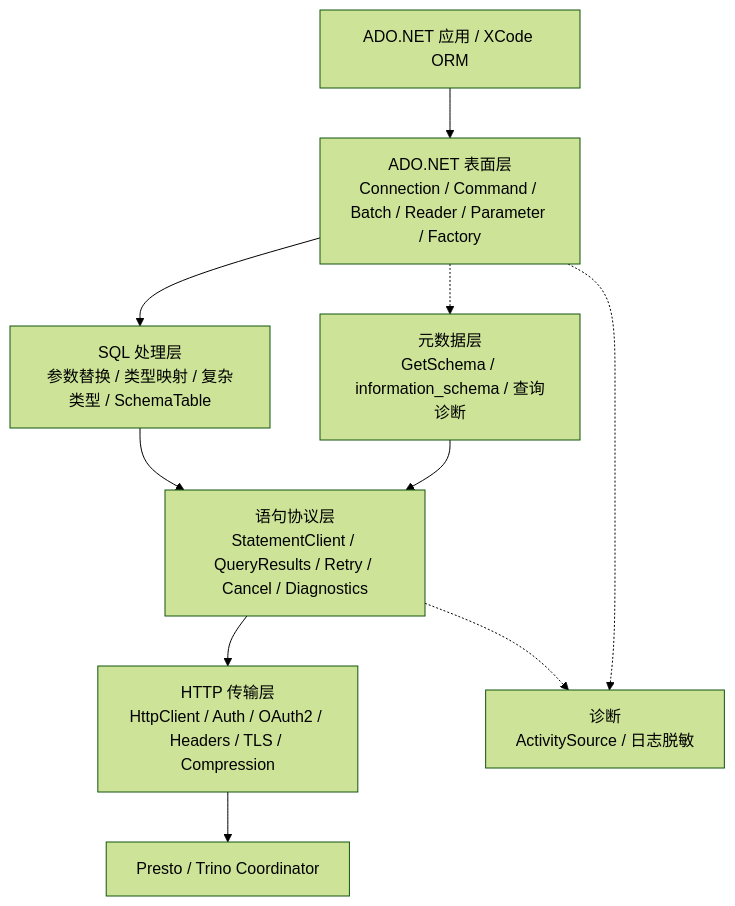
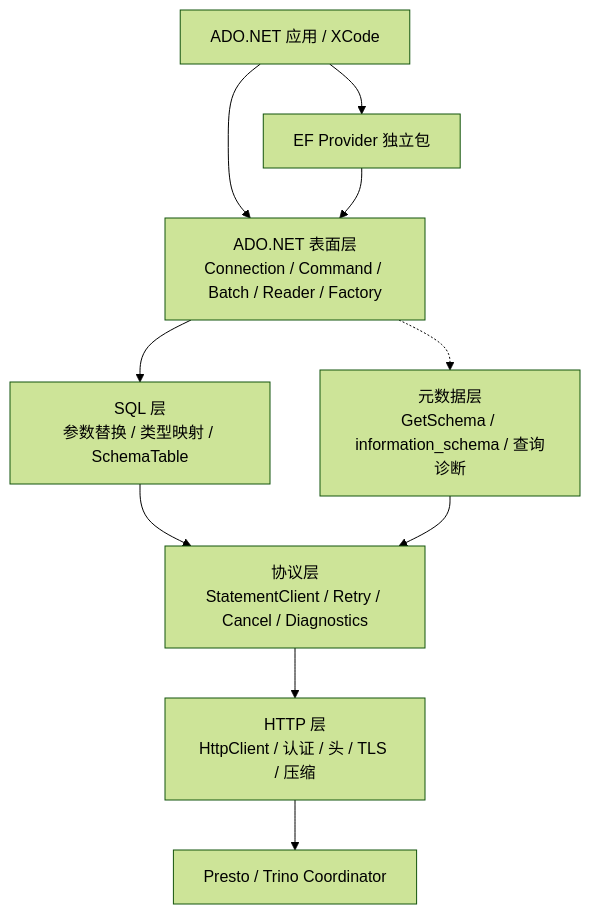
One commit to NewLifeX/NewLife.Presto changed the diagram in Doc/架构设计.md. Above: the diagram before and after it, drawn with Mermaid (forest theme). The commit also changed other lines of this file and 2 other files, not shown here.

````diff
--- a/Doc/架构设计.md
+++ b/Doc/架构设计.md
@@ -10,12 +8,12 @@
 ```mermaid
 flowchart TB
-    App[ADO.NET 应用 / XCode ORM] --> Surface[ADO.NET 表面层<br/>Connection / Command / Batch / Reader / Parameter / Factory]
-    Surface --> Sql[SQL 处理层<br/>参数替换 / 类型映射 / 复杂类型 / SchemaTable]
-    Sql --> Protocol[语句协议层<br/>StatementClient / QueryResults / Retry / Cancel / Diagnostics]
-    Protocol --> Http[HTTP 传输层<br/>HttpClient / Auth / OAuth2 / Headers / TLS / Compression]
+    App[ADO.NET 应用 / XCode] --> EF[EF Provider 独立包]
+    App --> Surface[ADO.NET 表面层<br/>Connection / Command / Batch / Reader / Factory]
+    EF --> Surface
+    Surface --> Sql[SQL 层<br/>参数替换 / 类型映射 / SchemaTable]
+    Sql --> Proto[协议层<br/>StatementClient / Retry / Cancel / Diagnostics]
+    Proto --> Http[HTTP 层<br/>HttpClient / 认证 / 头 / TLS / 压缩]
     Http --> Server[Presto / Trino Coordinator]
     Surface -.-> Meta[元数据层<br/>GetSchema / information_schema / 查询诊断]
-    Meta --> Protocol
-    Surface -.-> Diag[诊断<br/>ActivitySource / 日志脱敏]
-    Protocol -.-> Diag
+    Meta --> Proto
 ```
````
